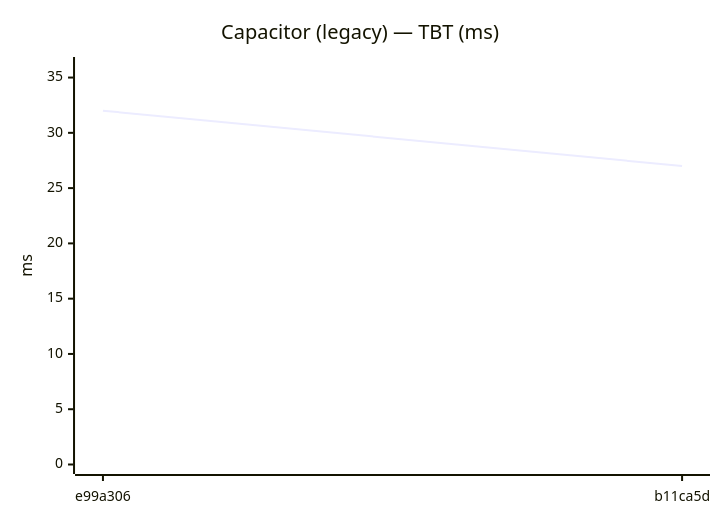
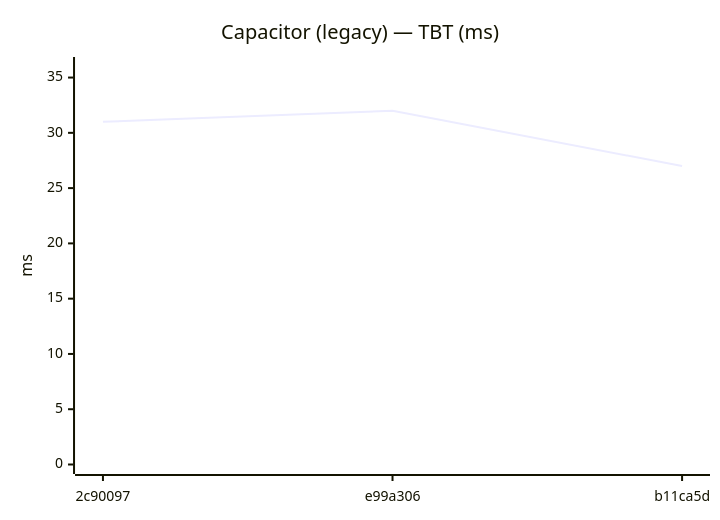
The sixth of 24 diagrams in Benchmarks/compare.md (Metaheurist/Rianell), drawn with Mermaid before and after one commit. The commit also changed other lines of this file and 12 other files, not shown here.

````diff
--- a/Benchmarks/compare.md
+++ b/Benchmarks/compare.md
@@ -67,7 +70,7 @@
 ```mermaid
 xychart-beta
     title "Capacitor (legacy) — TBT (ms)"
-    x-axis ["e99a306", "b11ca5d"]
+    x-axis ["2c90097", "e99a306", "b11ca5d"]
     y-axis "ms" 0 --> 36
-    line [32, 27]
+    line [31, 32, 27]
 ```
````
